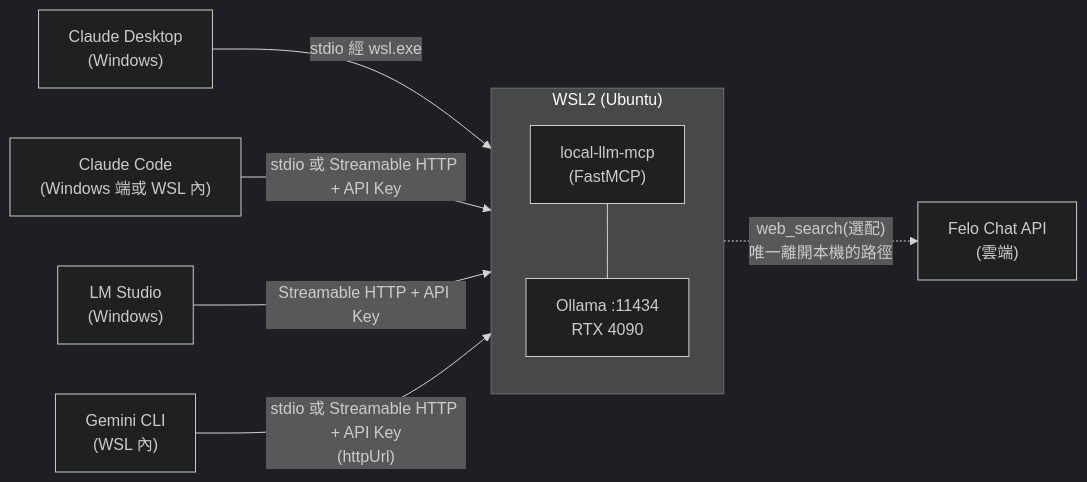
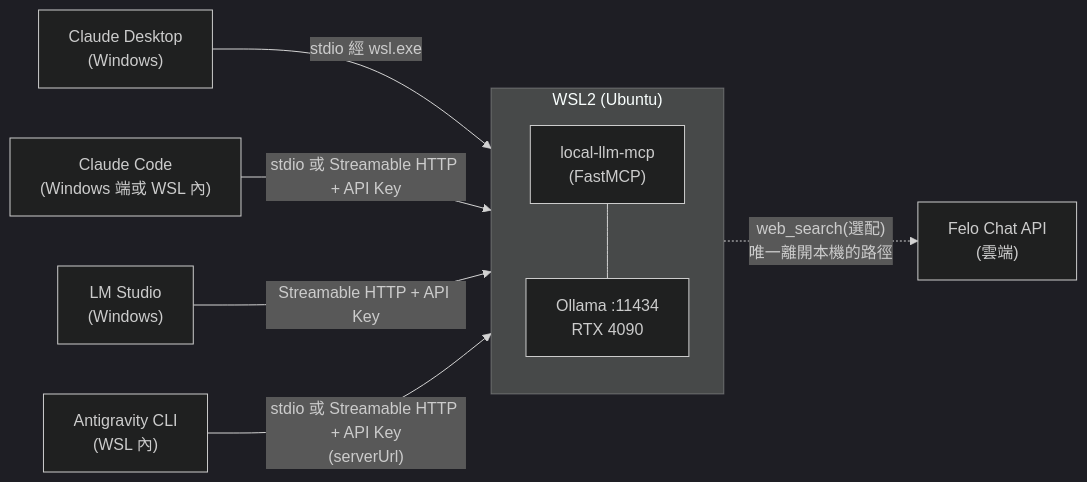
Before and after one commit to kuotunyu/local-llm-mcp: the diagram in README.md, drawn with Mermaid (dark theme). The commit also changed other lines of this file, not shown here.

First line of the commit message:
docs: stop presenting Gemini CLI as a live client

````diff
--- a/README.md
+++ b/README.md
@@ -33,15 +33,15 @@
 ```mermaid
 flowchart LR
     subgraph WSL["WSL2 (Ubuntu)"]
         direction TB
         Server["local-llm-mcp<br/>(FastMCP)"]
         Ollama["Ollama :11434<br/>RTX 4090"]
         Server --- Ollama
     end
 
     CD["Claude Desktop<br/>(Windows)"] -->|"stdio 經 wsl.exe"| Server
     CC["Claude Code<br/>(Windows 端或 WSL 內)"] -->|"stdio 或 Streamable HTTP + API Key"| Server
     LMS["LM Studio<br/>(Windows)"] -->|"Streamable HTTP + API Key"| Server
-    GC["Gemini CLI<br/>(WSL 內)"] -->|"stdio 或 Streamable HTTP + API Key<br/>(httpUrl)"| Server
+    AG["Antigravity CLI<br/>(WSL 內)"] -->|"stdio 或 Streamable HTTP + API Key<br/>(serverUrl)"| Server
     Server -.->|"web_search(選配)<br/>唯一離開本機的路徑"| Felo["Felo Chat API<br/>(雲端)"]
 ```
````
